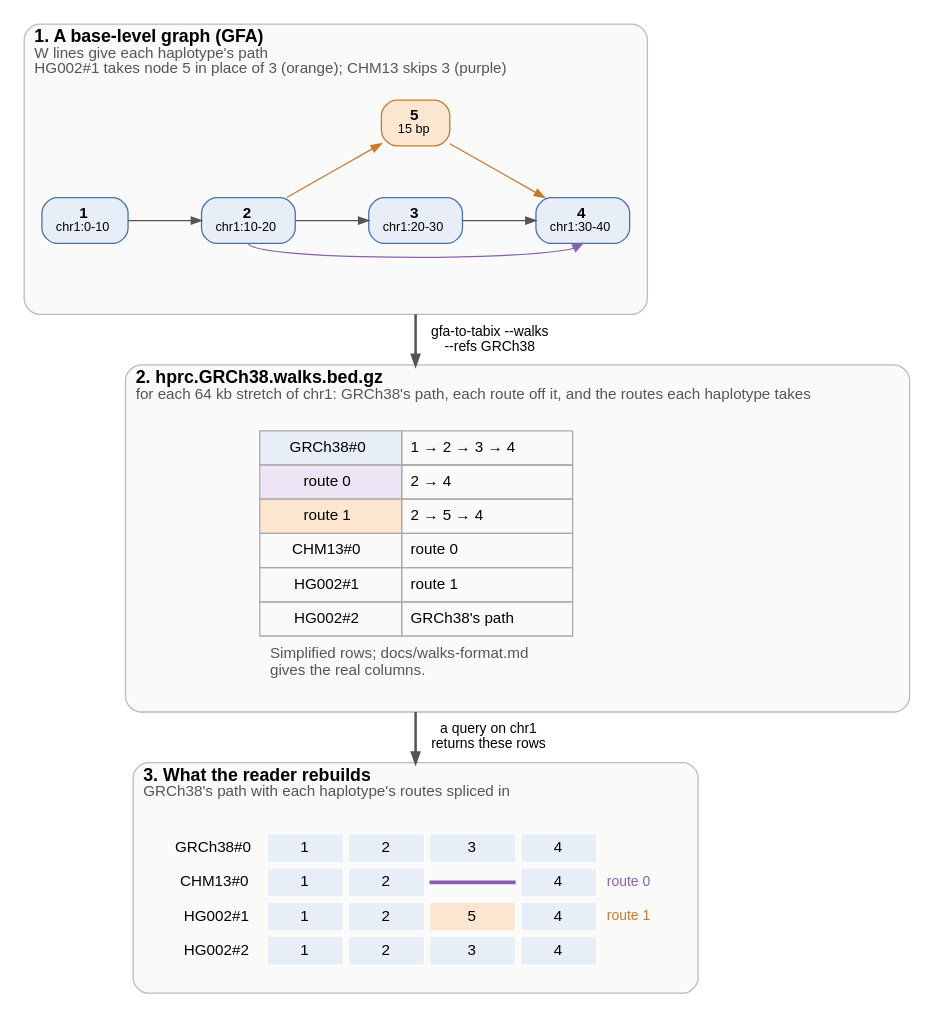
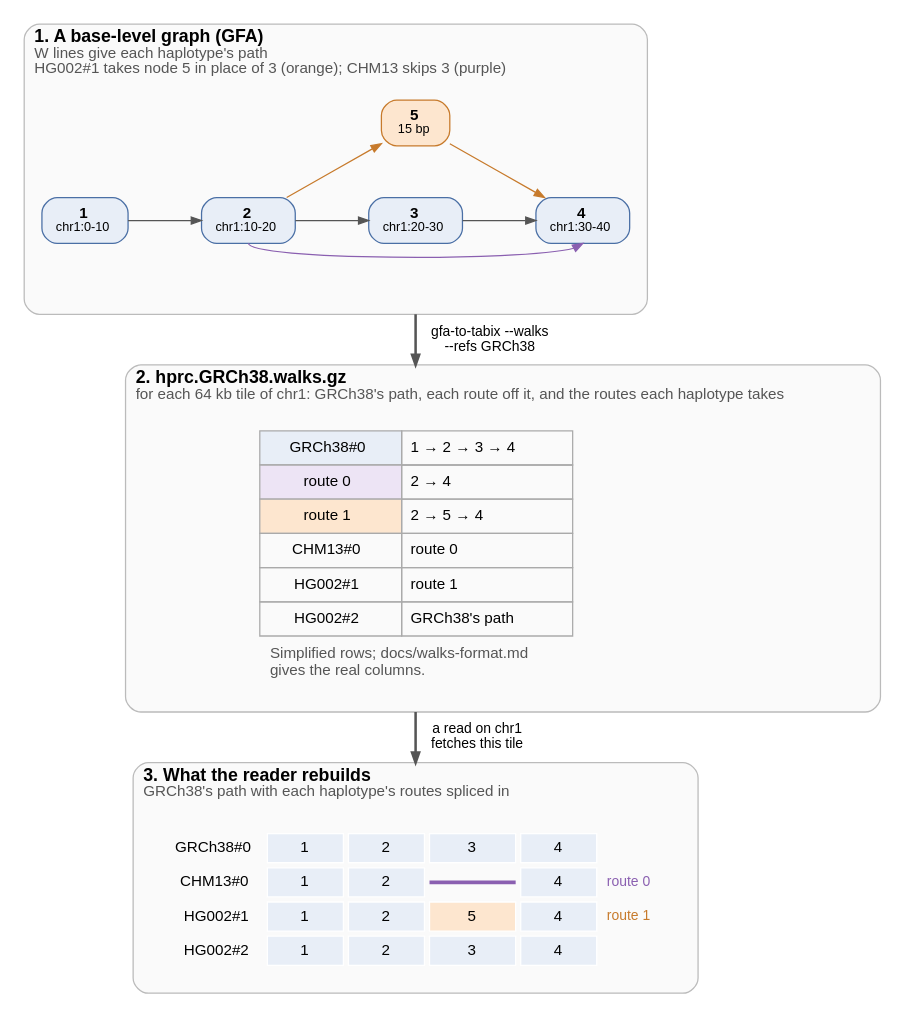
Before and after one commit to GMOD/gfa-to-tabix: the diagram in docs/figures/walks.dot, drawn with Graphviz. The commit also changed 6 other files, not shown here.

Commit message:
figures.py reads walk format 7: the tile's extent in the caption, walks.gz in the labels

```diff
--- a/docs/figures/walks.dot
+++ b/docs/figures/walks.dot
@@ -1,72 +1,72 @@
 // scripts/figures.py fills the marked rows from the tool's output and draws this figure
 digraph walks {
   bgcolor="white"
   fontname="Helvetica"
   newrank=true
   compound=true
   nodesep=0.4
   ranksep=0.55
   node [fontname="Helvetica", fontsize=12, shape=box, style="filled,rounded", fillcolor="#e8eef7", color="#4a6fa5", margin="0.15,0.06"]
   edge [fontname="Helvetica", fontsize=11, color="#555555", arrowsize=0.8]
 
   subgraph {
     graph [labeljust=l, fontsize=14, color="#bbbbbb", style="rounded,filled", fillcolor="#fafafa", margin=14]
 
     subgraph cluster_graph {
       label=<<B>1. A base-level graph (GFA)</B><BR ALIGN="LEFT"/><FONT POINT-SIZE="12" COLOR="#555555">W lines give each haplotype's path</FONT><BR ALIGN="LEFT"/><FONT POINT-SIZE="12" COLOR="#555555">HG002#1 takes node 5 in place of 3 (orange); CHM13 skips 3 (purple)</FONT><BR ALIGN="LEFT"/>>
       // begin graph
       n1 [label=<<B>1</B><BR/><FONT POINT-SIZE="10">chr1:0-10</FONT>>]
       n2 [label=<<B>2</B><BR/><FONT POINT-SIZE="10">chr1:10-20</FONT>>]
       n3 [label=<<B>3</B><BR/><FONT POINT-SIZE="10">chr1:20-30</FONT>>]
       n4 [label=<<B>4</B><BR/><FONT POINT-SIZE="10">chr1:30-40</FONT>>]
       n5 [label=<<B>5</B><BR/><FONT POINT-SIZE="10">15 bp</FONT>>, fillcolor="#fde6cf", color="#c77a2b"]
       {rank=same; n1; n2; n3; n4}
       n1 -> n2 [weight=20]
       n2 -> n3 [weight=20]
       n3 -> n4 [weight=20]
       n2 -> n5 [color="#c77a2b", constraint=false]
       n5 -> n4 [color="#c77a2b", constraint=false]
       n2:s -> n4:s [color="#8a5fb0", constraint=false]
       n5 -> n3 [style=invis, weight=20]
       nbelow [style=invis, label="", width=0, height=0]
       n3 -> nbelow [style=invis]
       // end graph
     }
 
     subgraph cluster_file {
       // begin label
-      label=<<B>2. hprc.GRCh38.walks.bed.gz</B><BR ALIGN="LEFT"/><FONT POINT-SIZE="12" COLOR="#555555">for each 64 kb stretch of chr1: GRCh38's path, each route off it, and the routes each haplotype takes</FONT><BR ALIGN="LEFT"/>>
+      label=<<B>2. hprc.GRCh38.walks.gz</B><BR ALIGN="LEFT"/><FONT POINT-SIZE="12" COLOR="#555555">for each 64 kb tile of chr1: GRCh38's path, each route off it, and the routes each haplotype takes</FONT><BR ALIGN="LEFT"/>>
       // end label
       rows [shape=plaintext, style="", label=<
         <TABLE BORDER="0" CELLBORDER="0" CELLSPACING="0" CELLPADDING="0"><TR><TD><TABLE BORDER="0" CELLBORDER="1" CELLSPACING="0" CELLPADDING="6" COLOR="#aaaaaa">
           <!-- begin rows -->
           <TR><TD BGCOLOR="#e8eef7">GRCh38#0</TD><TD ALIGN="LEFT">1 → 2 → 3 → 4</TD></TR>
           <TR><TD BGCOLOR="#ede4f5">route 0</TD><TD ALIGN="LEFT">2 → 4</TD></TR>
           <TR><TD BGCOLOR="#fde6cf">route 1</TD><TD ALIGN="LEFT">2 → 5 → 4</TD></TR>
           <TR><TD>CHM13#0</TD><TD ALIGN="LEFT">route 0</TD></TR>
           <TR><TD>HG002#1</TD><TD ALIGN="LEFT">route 1</TD></TR>
           <TR><TD>HG002#2</TD><TD ALIGN="LEFT">GRCh38's path</TD></TR>
           <!-- end rows -->
         </TABLE></TD></TR>
         <TR><TD CELLPADDING="8" ALIGN="LEFT" BALIGN="LEFT"><FONT POINT-SIZE="12" COLOR="#555555">Simplified rows; docs/walks-format.md<BR/>gives the real columns.</FONT></TD></TR></TABLE>>]
     }
 
     subgraph cluster_rebuilt {
       label=<<B>3. What the reader rebuilds</B><BR ALIGN="LEFT"/><FONT POINT-SIZE="12" COLOR="#555555">GRCh38's path with each haplotype's routes spliced in</FONT><BR ALIGN="LEFT"/>>
       rebuilt [shape=plaintext, style="", label=<
         <TABLE BORDER="0" CELLBORDER="1" CELLSPACING="4" CELLPADDING="4" COLOR="#ffffff">
           <!-- begin rebuilt -->
           <TR><TD BORDER="0" ALIGN="RIGHT">GRCh38#0</TD><TD WIDTH="60" BGCOLOR="#e8eef7">1</TD><TD WIDTH="60" BGCOLOR="#e8eef7">2</TD><TD WIDTH="60" BGCOLOR="#e8eef7">3</TD><TD WIDTH="60" BGCOLOR="#e8eef7">4</TD><TD BORDER="0" ALIGN="LEFT"></TD></TR>
           <TR><TD BORDER="0" ALIGN="RIGHT">CHM13#0</TD><TD BGCOLOR="#e8eef7">1</TD><TD BGCOLOR="#e8eef7">2</TD><TD BORDER="0" CELLPADDING="0"><TABLE BORDER="0" CELLSPACING="0" CELLPADDING="0"><TR><TD FIXEDSIZE="TRUE" HEIGHT="3" WIDTH="68" BGCOLOR="#8a5fb0"></TD></TR></TABLE></TD><TD BGCOLOR="#e8eef7">4</TD><TD BORDER="0" ALIGN="LEFT"><FONT POINT-SIZE="11" COLOR="#8a5fb0">route 0</FONT></TD></TR>
           <TR><TD BORDER="0" ALIGN="RIGHT">HG002#1</TD><TD BGCOLOR="#e8eef7">1</TD><TD BGCOLOR="#e8eef7">2</TD><TD BGCOLOR="#fde6cf">5</TD><TD BGCOLOR="#e8eef7">4</TD><TD BORDER="0" ALIGN="LEFT"><FONT POINT-SIZE="11" COLOR="#c77a2b">route 1</FONT></TD></TR>
           <TR><TD BORDER="0" ALIGN="RIGHT">HG002#2</TD><TD BGCOLOR="#e8eef7">1</TD><TD BGCOLOR="#e8eef7">2</TD><TD BGCOLOR="#e8eef7">3</TD><TD BGCOLOR="#e8eef7">4</TD><TD BORDER="0" ALIGN="LEFT"></TD></TR>
           <!-- end rebuilt -->
         </TABLE>>]
     }
   }
 
   // begin arrows
   nbelow -> rows [ltail=cluster_graph, lhead=cluster_file, label="  gfa-to-tabix --walks\n  --refs GRCh38", penwidth=2]
-  rows -> rebuilt [ltail=cluster_file, lhead=cluster_rebuilt, label="  a query on chr1\n  returns these rows", penwidth=2]
+  rows -> rebuilt [ltail=cluster_file, lhead=cluster_rebuilt, label="  a read on chr1\n  fetches this tile", penwidth=2]
   // end arrows
 }
```
